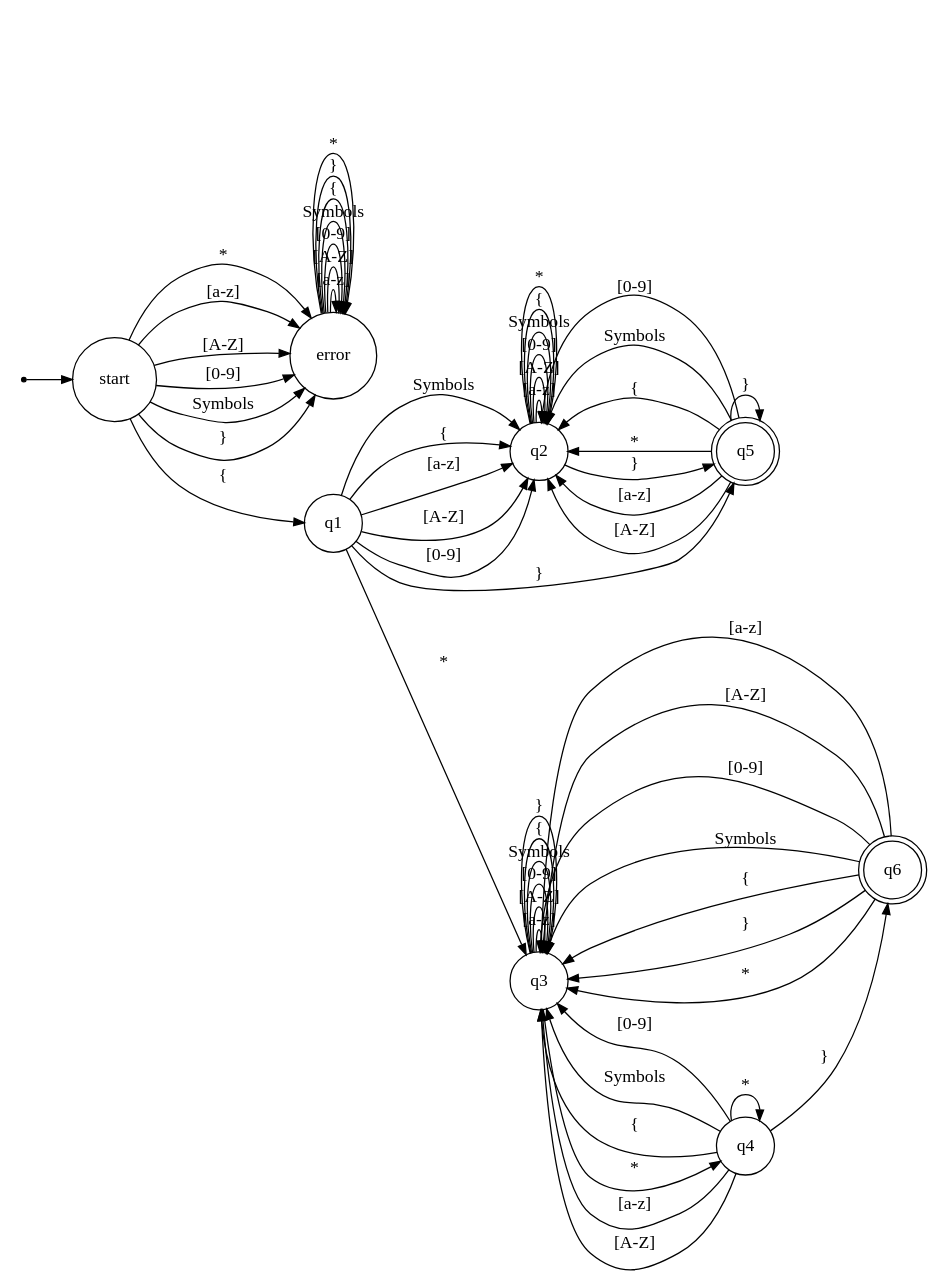
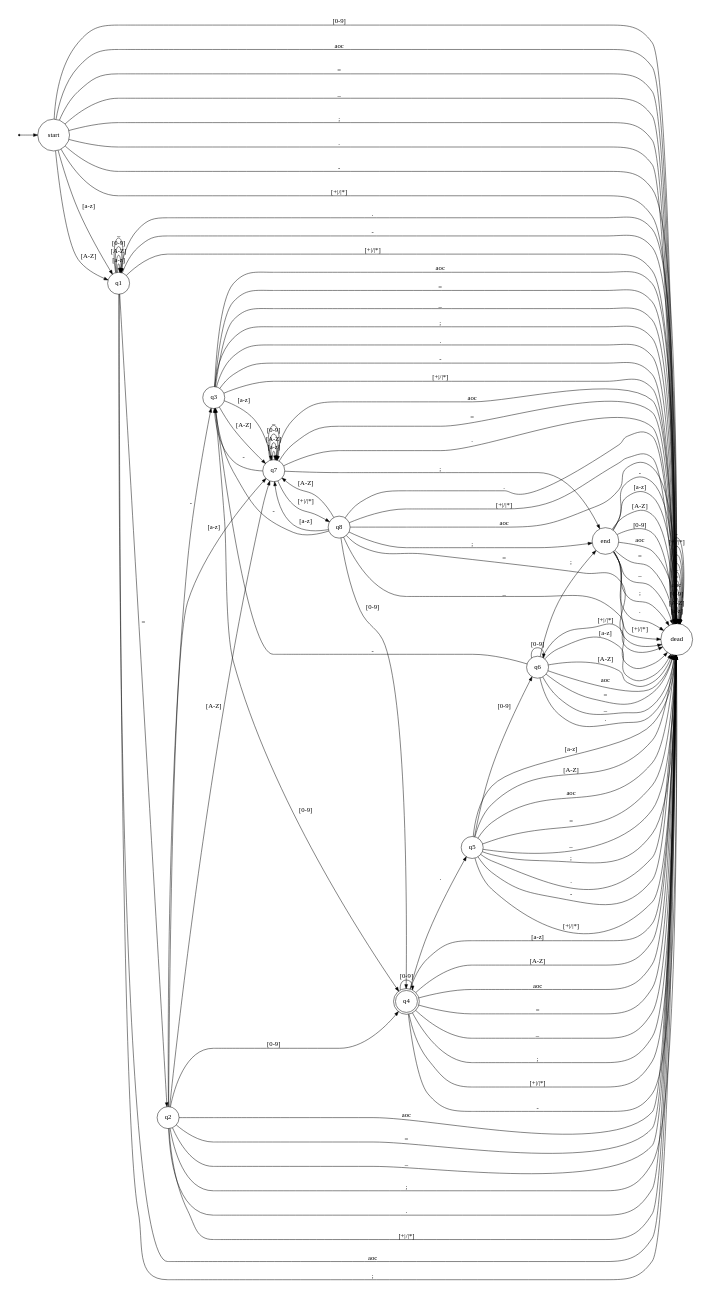
The diagram in Digraph.gv (mourra950/Compilers), drawn with Graphviz before and after one commit. The commit also changed 2 other files, not shown here.

```diff
--- a/Digraph.gv
+++ b/Digraph.gv
@@ -1,70 +1,127 @@
 digraph {
 	ranksep=0.5 size="8, 8"
 	rankdir=LR
 	Initial [label="" fontsize=14.0 shape=point]
-	error [fontsize=14.0 shape=circle]
+	dead [fontsize=14.0 shape=circle]
+	end [fontsize=14.0 shape=circle]
 	q1 [fontsize=14.0 shape=circle]
 	q2 [fontsize=14.0 shape=circle]
 	q3 [fontsize=14.0 shape=circle]
-	q4 [fontsize=14.0 shape=circle]
-	q5 [fontsize=14.0 shape=doublecircle]
-	q6 [fontsize=14.0 shape=doublecircle]
+	q4 [fontsize=14.0 shape=doublecircle]
+	q5 [fontsize=14.0 shape=circle]
+	q6 [fontsize=14.0 shape=circle]
+	q7 [fontsize=14.0 shape=circle]
+	q8 [fontsize=14.0 shape=circle]
 	start [fontsize=14.0 shape=circle]
 	Initial -> start [arrowsize=0.85]
-	start -> error [label=" [a-z] " arrowsize=0.85 fontsize=14.0]
-	start -> error [label=" [A-Z] " arrowsize=0.85 fontsize=14.0]
-	start -> error [label=" [0-9] " arrowsize=0.85 fontsize=14.0]
-	start -> error [label=" Symbols " arrowsize=0.85 fontsize=14.0]
-	start -> q1 [label=" { " arrowsize=0.85 fontsize=14.0]
-	start -> error [label=" } " arrowsize=0.85 fontsize=14.0]
-	start -> error [label=" * " arrowsize=0.85 fontsize=14.0]
-	q1 -> q2 [label=" [a-z] " arrowsize=0.85 fontsize=14.0]
-	q1 -> q2 [label=" [A-Z] " arrowsize=0.85 fontsize=14.0]
-	q1 -> q2 [label=" [0-9] " arrowsize=0.85 fontsize=14.0]
-	q1 -> q2 [label=" Symbols " arrowsize=0.85 fontsize=14.0]
-	q1 -> q2 [label=" { " arrowsize=0.85 fontsize=14.0]
-	q1 -> q5 [label=" } " arrowsize=0.85 fontsize=14.0]
-	q1 -> q3 [label=" * " arrowsize=0.85 fontsize=14.0]
-	q2 -> q2 [label=" [a-z] " arrowsize=0.85 fontsize=14.0]
-	q2 -> q2 [label=" [A-Z] " arrowsize=0.85 fontsize=14.0]
-	q2 -> q2 [label=" [0-9] " arrowsize=0.85 fontsize=14.0]
-	q2 -> q2 [label=" Symbols " arrowsize=0.85 fontsize=14.0]
-	q2 -> q2 [label=" { " arrowsize=0.85 fontsize=14.0]
-	q2 -> q5 [label=" } " arrowsize=0.85 fontsize=14.0]
-	q2 -> q2 [label=" * " arrowsize=0.85 fontsize=14.0]
-	q3 -> q3 [label=" [a-z] " arrowsize=0.85 fontsize=14.0]
-	q3 -> q3 [label=" [A-Z] " arrowsize=0.85 fontsize=14.0]
-	q3 -> q3 [label=" [0-9] " arrowsize=0.85 fontsize=14.0]
-	q3 -> q3 [label=" Symbols " arrowsize=0.85 fontsize=14.0]
-	q3 -> q3 [label=" { " arrowsize=0.85 fontsize=14.0]
-	q3 -> q3 [label=" } " arrowsize=0.85 fontsize=14.0]
-	q3 -> q4 [label=" * " arrowsize=0.85 fontsize=14.0]
-	q4 -> q3 [label=" [a-z] " arrowsize=0.85 fontsize=14.0]
-	q4 -> q3 [label=" [A-Z] " arrowsize=0.85 fontsize=14.0]
-	q4 -> q3 [label=" [0-9] " arrowsize=0.85 fontsize=14.0]
-	q4 -> q3 [label=" Symbols " arrowsize=0.85 fontsize=14.0]
-	q4 -> q3 [label=" { " arrowsize=0.85 fontsize=14.0]
-	q4 -> q6 [label=" } " arrowsize=0.85 fontsize=14.0]
-	q4 -> q4 [label=" * " arrowsize=0.85 fontsize=14.0]
-	q5 -> q2 [label=" [a-z] " arrowsize=0.85 fontsize=14.0]
-	q5 -> q2 [label=" [A-Z] " arrowsize=0.85 fontsize=14.0]
-	q5 -> q2 [label=" [0-9] " arrowsize=0.85 fontsize=14.0]
-	q5 -> q2 [label=" Symbols " arrowsize=0.85 fontsize=14.0]
-	q5 -> q2 [label=" { " arrowsize=0.85 fontsize=14.0]
-	q5 -> q5 [label=" } " arrowsize=0.85 fontsize=14.0]
-	q5 -> q2 [label=" * " arrowsize=0.85 fontsize=14.0]
-	q6 -> q3 [label=" [a-z] " arrowsize=0.85 fontsize=14.0]
-	q6 -> q3 [label=" [A-Z] " arrowsize=0.85 fontsize=14.0]
-	q6 -> q3 [label=" [0-9] " arrowsize=0.85 fontsize=14.0]
-	q6 -> q3 [label=" Symbols " arrowsize=0.85 fontsize=14.0]
-	q6 -> q3 [label=" { " arrowsize=0.85 fontsize=14.0]
-	q6 -> q3 [label=" } " arrowsize=0.85 fontsize=14.0]
-	q6 -> q3 [label=" * " arrowsize=0.85 fontsize=14.0]
-	error -> error [label=" [a-z] " arrowsize=0.85 fontsize=14.0]
-	error -> error [label=" [A-Z] " arrowsize=0.85 fontsize=14.0]
-	error -> error [label=" [0-9] " arrowsize=0.85 fontsize=14.0]
-	error -> error [label=" Symbols " arrowsize=0.85 fontsize=14.0]
-	error -> error [label=" { " arrowsize=0.85 fontsize=14.0]
-	error -> error [label=" } " arrowsize=0.85 fontsize=14.0]
-	error -> error [label=" * " arrowsize=0.85 fontsize=14.0]
+	start -> q1 [label=" [a-z] " arrowsize=0.85 fontsize=14.0]
+	start -> q1 [label=" [A-Z] " arrowsize=0.85 fontsize=14.0]
+	start -> dead [label=" [0-9] " arrowsize=0.85 fontsize=14.0]
+	start -> dead [label=" aoc " arrowsize=0.85 fontsize=14.0]
+	start -> dead [label=" = " arrowsize=0.85 fontsize=14.0]
+	start -> dead [label=" _ " arrowsize=0.85 fontsize=14.0]
+	start -> dead [label=" ; " arrowsize=0.85 fontsize=14.0]
+	start -> dead [label=" . " arrowsize=0.85 fontsize=14.0]
+	start -> dead [label=" - " arrowsize=0.85 fontsize=14.0]
+	start -> dead [label=" [+|/|*] " arrowsize=0.85 fontsize=14.0]
+	q1 -> q1 [label=" [a-z] " arrowsize=0.85 fontsize=14.0]
+	q1 -> q1 [label=" [A-Z] " arrowsize=0.85 fontsize=14.0]
+	q1 -> q1 [label=" [0-9] " arrowsize=0.85 fontsize=14.0]
+	q1 -> dead [label=" aoc " arrowsize=0.85 fontsize=14.0]
+	q1 -> q2 [label=" = " arrowsize=0.85 fontsize=14.0]
+	q1 -> q1 [label=" _ " arrowsize=0.85 fontsize=14.0]
+	q1 -> dead [label=" ; " arrowsize=0.85 fontsize=14.0]
+	q1 -> dead [label=" . " arrowsize=0.85 fontsize=14.0]
+	q1 -> dead [label=" - " arrowsize=0.85 fontsize=14.0]
+	q1 -> dead [label=" [+|/|*] " arrowsize=0.85 fontsize=14.0]
+	q2 -> q7 [label=" [a-z] " arrowsize=0.85 fontsize=14.0]
+	q2 -> q7 [label=" [A-Z] " arrowsize=0.85 fontsize=14.0]
+	q2 -> q4 [label=" [0-9] " arrowsize=0.85 fontsize=14.0]
+	q2 -> dead [label=" aoc " arrowsize=0.85 fontsize=14.0]
+	q2 -> dead [label=" = " arrowsize=0.85 fontsize=14.0]
+	q2 -> dead [label=" _ " arrowsize=0.85 fontsize=14.0]
+	q2 -> dead [label=" ; " arrowsize=0.85 fontsize=14.0]
+	q2 -> dead [label=" . " arrowsize=0.85 fontsize=14.0]
+	q2 -> q3 [label=" - " arrowsize=0.85 fontsize=14.0]
+	q2 -> dead [label=" [+|/|*] " arrowsize=0.85 fontsize=14.0]
+	q3 -> q7 [label=" [a-z] " arrowsize=0.85 fontsize=14.0]
+	q3 -> q7 [label=" [A-Z] " arrowsize=0.85 fontsize=14.0]
+	q3 -> q4 [label=" [0-9] " arrowsize=0.85 fontsize=14.0]
+	q3 -> dead [label=" aoc " arrowsize=0.85 fontsize=14.0]
+	q3 -> dead [label=" = " arrowsize=0.85 fontsize=14.0]
+	q3 -> dead [label=" _ " arrowsize=0.85 fontsize=14.0]
+	q3 -> dead [label=" ; " arrowsize=0.85 fontsize=14.0]
+	q3 -> dead [label=" . " arrowsize=0.85 fontsize=14.0]
+	q3 -> dead [label=" - " arrowsize=0.85 fontsize=14.0]
+	q3 -> dead [label=" [+|/|*] " arrowsize=0.85 fontsize=14.0]
+	q4 -> dead [label=" [a-z] " arrowsize=0.85 fontsize=14.0]
+	q4 -> dead [label=" [A-Z] " arrowsize=0.85 fontsize=14.0]
+	q4 -> q4 [label=" [0-9] " arrowsize=0.85 fontsize=14.0]
+	q4 -> dead [label=" aoc " arrowsize=0.85 fontsize=14.0]
+	q4 -> dead [label=" = " arrowsize=0.85 fontsize=14.0]
+	q4 -> dead [label=" _ " arrowsize=0.85 fontsize=14.0]
+	q4 -> dead [label=" ; " arrowsize=0.85 fontsize=14.0]
+	q4 -> q5 [label=" . " arrowsize=0.85 fontsize=14.0]
+	q4 -> dead [label=" - " arrowsize=0.85 fontsize=14.0]
+	q4 -> dead [label=" [+|/|*] " arrowsize=0.85 fontsize=14.0]
+	q5 -> dead [label=" [a-z] " arrowsize=0.85 fontsize=14.0]
+	q5 -> dead [label=" [A-Z] " arrowsize=0.85 fontsize=14.0]
+	q5 -> q6 [label=" [0-9] " arrowsize=0.85 fontsize=14.0]
+	q5 -> dead [label=" aoc " arrowsize=0.85 fontsize=14.0]
+	q5 -> dead [label=" = " arrowsize=0.85 fontsize=14.0]
+	q5 -> dead [label=" _ " arrowsize=0.85 fontsize=14.0]
+	q5 -> dead [label=" ; " arrowsize=0.85 fontsize=14.0]
+	q5 -> dead [label=" . " arrowsize=0.85 fontsize=14.0]
+	q5 -> dead [label=" - " arrowsize=0.85 fontsize=14.0]
+	q5 -> dead [label=" [+|/|*] " arrowsize=0.85 fontsize=14.0]
+	q6 -> dead [label=" [a-z] " arrowsize=0.85 fontsize=14.0]
+	q6 -> dead [label=" [A-Z] " arrowsize=0.85 fontsize=14.0]
+	q6 -> q6 [label=" [0-9] " arrowsize=0.85 fontsize=14.0]
+	q6 -> dead [label=" aoc " arrowsize=0.85 fontsize=14.0]
+	q6 -> dead [label=" = " arrowsize=0.85 fontsize=14.0]
+	q6 -> dead [label=" _ " arrowsize=0.85 fontsize=14.0]
+	q6 -> end [label=" ; " arrowsize=0.85 fontsize=14.0]
+	q6 -> dead [label=" . " arrowsize=0.85 fontsize=14.0]
+	q6 -> q3 [label=" - " arrowsize=0.85 fontsize=14.0]
+	q6 -> dead [label=" [+|/|*] " arrowsize=0.85 fontsize=14.0]
+	q7 -> q7 [label=" [a-z] " arrowsize=0.85 fontsize=14.0]
+	q7 -> q7 [label=" [A-Z] " arrowsize=0.85 fontsize=14.0]
+	q7 -> q7 [label=" [0-9] " arrowsize=0.85 fontsize=14.0]
+	q7 -> dead [label=" aoc " arrowsize=0.85 fontsize=14.0]
+	q7 -> dead [label=" = " arrowsize=0.85 fontsize=14.0]
+	q7 -> q7 [label=" _ " arrowsize=0.85 fontsize=14.0]
+	q7 -> end [label=" ; " arrowsize=0.85 fontsize=14.0]
+	q7 -> dead [label=" . " arrowsize=0.85 fontsize=14.0]
+	q7 -> q3 [label=" - " arrowsize=0.85 fontsize=14.0]
+	q7 -> q8 [label=" [+|/|*] " arrowsize=0.85 fontsize=14.0]
+	q8 -> q7 [label=" [a-z] " arrowsize=0.85 fontsize=14.0]
+	q8 -> q7 [label=" [A-Z] " arrowsize=0.85 fontsize=14.0]
+	q8 -> q4 [label=" [0-9] " arrowsize=0.85 fontsize=14.0]
+	q8 -> dead [label=" aoc " arrowsize=0.85 fontsize=14.0]
+	q8 -> dead [label=" = " arrowsize=0.85 fontsize=14.0]
+	q8 -> dead [label=" _ " arrowsize=0.85 fontsize=14.0]
+	q8 -> end [label=" ; " arrowsize=0.85 fontsize=14.0]
+	q8 -> dead [label=" . " arrowsize=0.85 fontsize=14.0]
+	q8 -> q3 [label=" - " arrowsize=0.85 fontsize=14.0]
+	q8 -> dead [label=" [+|/|*] " arrowsize=0.85 fontsize=14.0]
+	end -> dead [label=" [a-z] " arrowsize=0.85 fontsize=14.0]
+	end -> dead [label=" [A-Z] " arrowsize=0.85 fontsize=14.0]
+	end -> dead [label=" [0-9] " arrowsize=0.85 fontsize=14.0]
+	end -> dead [label=" aoc " arrowsize=0.85 fontsize=14.0]
+	end -> dead [label=" = " arrowsize=0.85 fontsize=14.0]
+	end -> dead [label=" _ " arrowsize=0.85 fontsize=14.0]
+	end -> dead [label=" ; " arrowsize=0.85 fontsize=14.0]
+	end -> dead [label=" . " arrowsize=0.85 fontsize=14.0]
+	end -> dead [label=" [+|/|*] " arrowsize=0.85 fontsize=14.0]
+	end -> dead [label=" - " arrowsize=0.85 fontsize=14.0]
+	dead -> dead [label=" [a-z] " arrowsize=0.85 fontsize=14.0]
+	dead -> dead [label=" [A-Z] " arrowsize=0.85 fontsize=14.0]
+	dead -> dead [label=" [0-9] " arrowsize=0.85 fontsize=14.0]
+	dead -> dead [label=" aoc " arrowsize=0.85 fontsize=14.0]
+	dead -> dead [label=" = " arrowsize=0.85 fontsize=14.0]
+	dead -> dead [label=" _ " arrowsize=0.85 fontsize=14.0]
+	dead -> dead [label=" ; " arrowsize=0.85 fontsize=14.0]
+	dead -> dead [label=" . " arrowsize=0.85 fontsize=14.0]
+	dead -> dead [label=" [+|/|*] " arrowsize=0.85 fontsize=14.0]
+	dead -> dead [label=" - " arrowsize=0.85 fontsize=14.0]
 }
```
